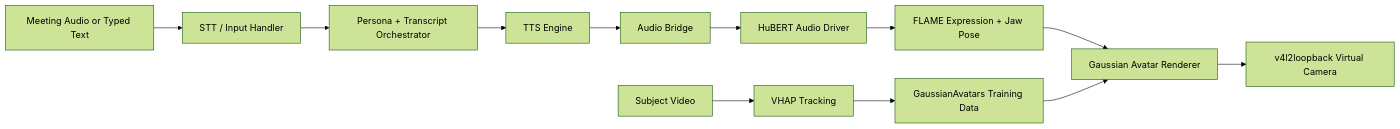
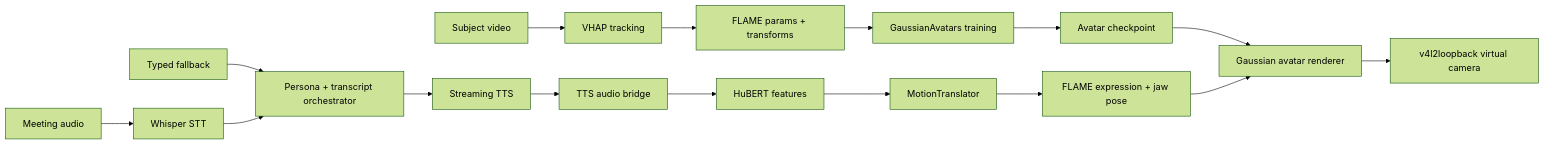
One commit to 22elix3r/TalkingHeadAvatar changed the diagram in README.md. Above: the diagram before and after it, drawn with Mermaid (forest theme). The commit also changed other lines of this file, not shown here.

````diff
--- a/README.md
+++ b/README.md
@@ -9,15 +9,19 @@
 ```mermaid
 flowchart LR
-    A[Meeting Audio or Typed Text] --> B[STT / Input Handler]
-    B --> C[Persona + Transcript Orchestrator]
-    C --> D[TTS Engine]
-    D --> E[Audio Bridge]
-    E --> F[HuBERT Audio Driver]
-    F --> G[FLAME Expression + Jaw Pose]
-    G --> H[Gaussian Avatar Renderer]
-    H --> I[v4l2loopback Virtual Camera]
+    video[Subject video] --> vhap[VHAP tracking]
+    vhap --> transforms[FLAME params + transforms]
+    transforms --> ga_train[GaussianAvatars training]
+    ga_train --> avatar_ckpt[Avatar checkpoint]
 
-    J[Subject Video] --> K[VHAP Tracking]
-    K --> L[GaussianAvatars Training Data]
-    L --> H
+    mic[Meeting audio] --> stt[Whisper STT]
+    typed[Typed fallback] --> orchestrator[Persona + transcript orchestrator]
+    stt --> orchestrator
+    orchestrator --> tts[Streaming TTS]
+    tts --> bridge[TTS audio bridge]
+    bridge --> hubert[HuBERT features]
+    hubert --> motion[MotionTranslator]
+    motion --> flame[FLAME expression + jaw pose]
+    avatar_ckpt --> renderer[Gaussian avatar renderer]
+    flame --> renderer
+    renderer --> camera[v4l2loopback virtual camera]
 ```
````
